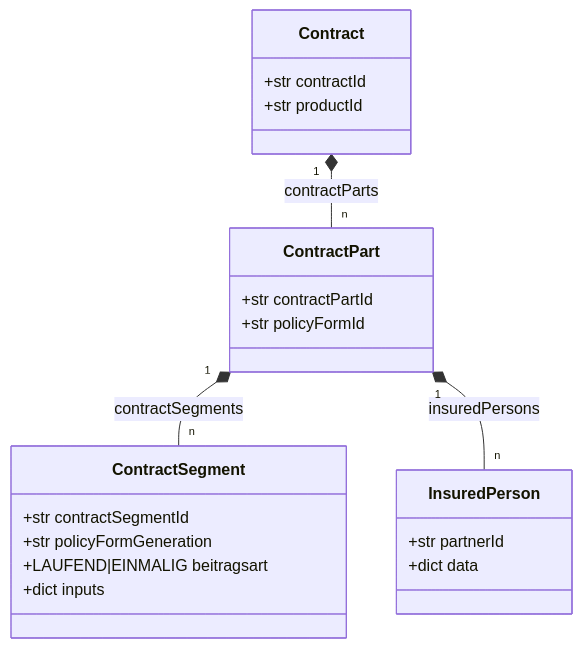
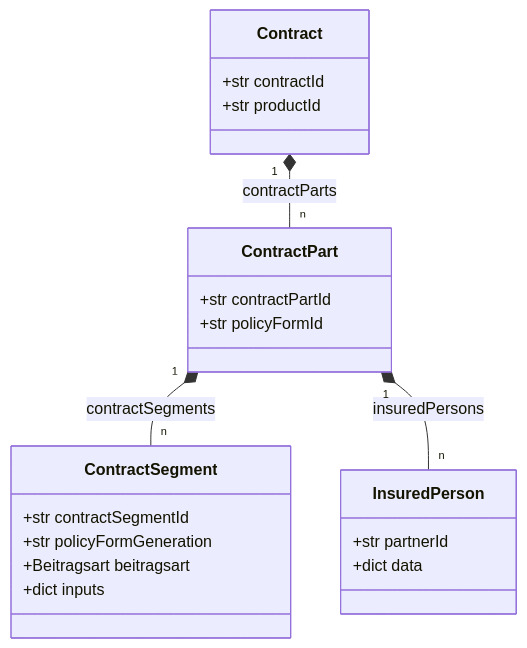
Before and after one commit to axelhelmert/presentation-app: the first of 3 diagrams in presentation-app/public/templates/policy-admin-contracts.md, drawn with Mermaid.

Commit message:
chore: refresh PAS template (Beitragsart instead of pipe-joined literal)
Regenerated from policy-admin after the schema diagram now resolves
`Literal['LAUFEND', 'EINMALIG']` back to its alias name `Beitragsart`,
which mermaid classDiagram parses cleanly.

````diff
--- a/presentation-app/public/templates/policy-admin-contracts.md
+++ b/presentation-app/public/templates/policy-admin-contracts.md
@@ -11,24 +11,24 @@
 ```mermaid
 classDiagram
     class Contract {
         +str contractId
         +str productId
     }
     class ContractPart {
         +str contractPartId
         +str policyFormId
     }
     class ContractSegment {
         +str contractSegmentId
         +str policyFormGeneration
-        +LAUFEND|EINMALIG beitragsart
+        +Beitragsart beitragsart
         +dict inputs
     }
     class InsuredPerson {
         +str partnerId
         +dict data
     }
     Contract "1" *-- "n" ContractPart : contractParts
     ContractPart "1" *-- "n" ContractSegment : contractSegments
     ContractPart "1" *-- "n" InsuredPerson : insuredPersons
 ```
````
